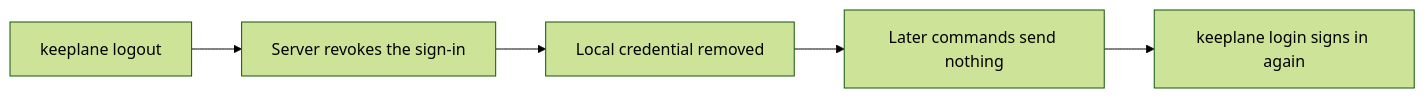
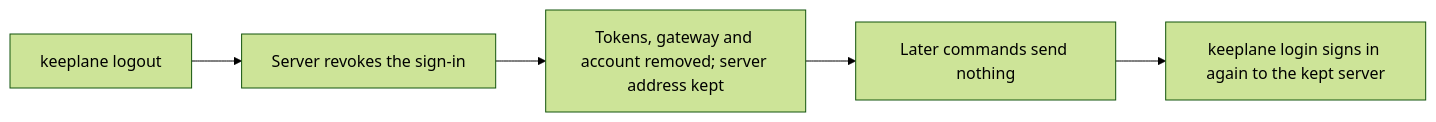
One commit to OsamaFelFel/keeplane changed the first of 2 diagrams in docs/guide/cli-session-logout.md. Above: the diagram before and after it, drawn with Mermaid (forest theme). The commit also changed other lines of this file and 14 other files, not shown here.

First line of the commit message:
feat(cli): keep the server address at sign-out and use the decided sign-in wording

````diff
--- a/docs/guide/cli-session-logout.md
+++ b/docs/guide/cli-session-logout.md
@@ -22,7 +24,7 @@
 ```mermaid
 flowchart LR
   Logout[keeplane logout] --> Revoke[Server revokes the sign-in]
-  Revoke --> Removed[Local credential removed]
+  Revoke --> Removed[Tokens, gateway and account removed; server address kept]
   Removed --> Nothing[Later commands send nothing]
-  Nothing --> Login[keeplane login signs in again]
+  Nothing --> Login[keeplane login signs in again to the kept server]
 ```
````
